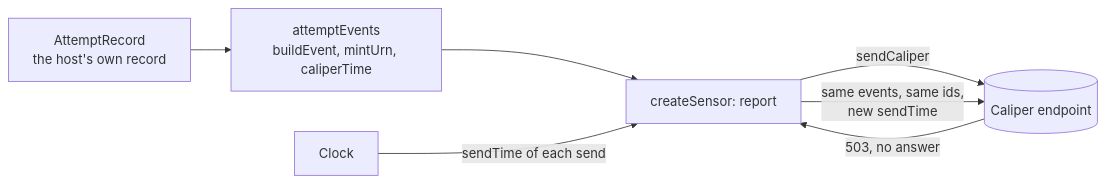
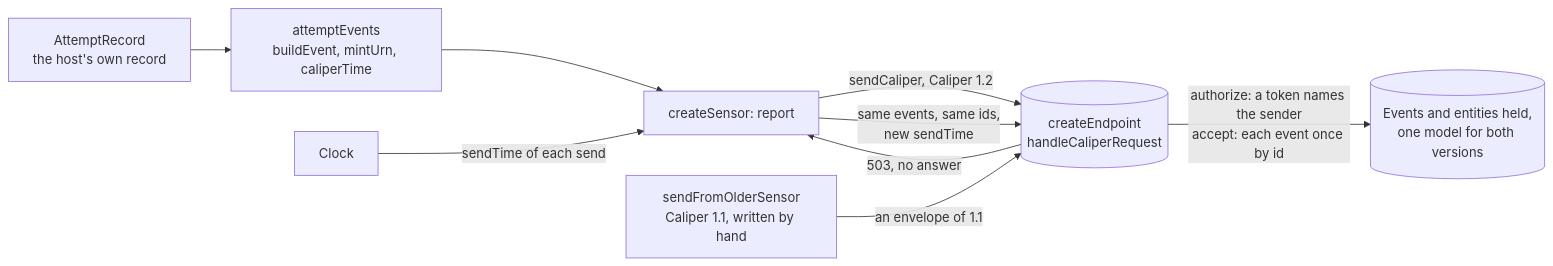
The diagram in examples/learning-analytics/README.md (interopkit/interopkit), drawn with Mermaid before and after one commit. The commit also changed other lines of this file and 21 other files, not shown here.

First line of the commit message:
Show Caliper with a sensor and an endpoint that run against each other, and time the readers against the schemas

````diff
--- a/examples/learning-analytics/README.md
+++ b/examples/learning-analytics/README.md
@@ -7,9 +8,11 @@
 ```mermaid
 flowchart LR
   record["AttemptRecord<br/>the host's own record"] --> events["attemptEvents<br/>buildEvent, mintUrn, caliperTime"]
   events --> sensor["createSensor: report"]
   clock["Clock"] -->|"sendTime of each send"| sensor
-  sensor -->|"sendCaliper"| endpoint[("Caliper endpoint")]
+  sensor -->|"sendCaliper, Caliper 1.2"| endpoint[("createEndpoint<br/>handleCaliperRequest")]
   endpoint -->|"503, no answer"| sensor
   sensor -->|"same events, same ids,<br/>new sendTime"| endpoint
+  older["sendFromOlderSensor<br/>Caliper 1.1, written by hand"] -->|"an envelope of 1.1"| endpoint
+  endpoint -->|"authorize: a token names the sender<br/>accept: each event once by id"| held[("Events and entities held,<br/>one model for both versions")]
 ```
````
